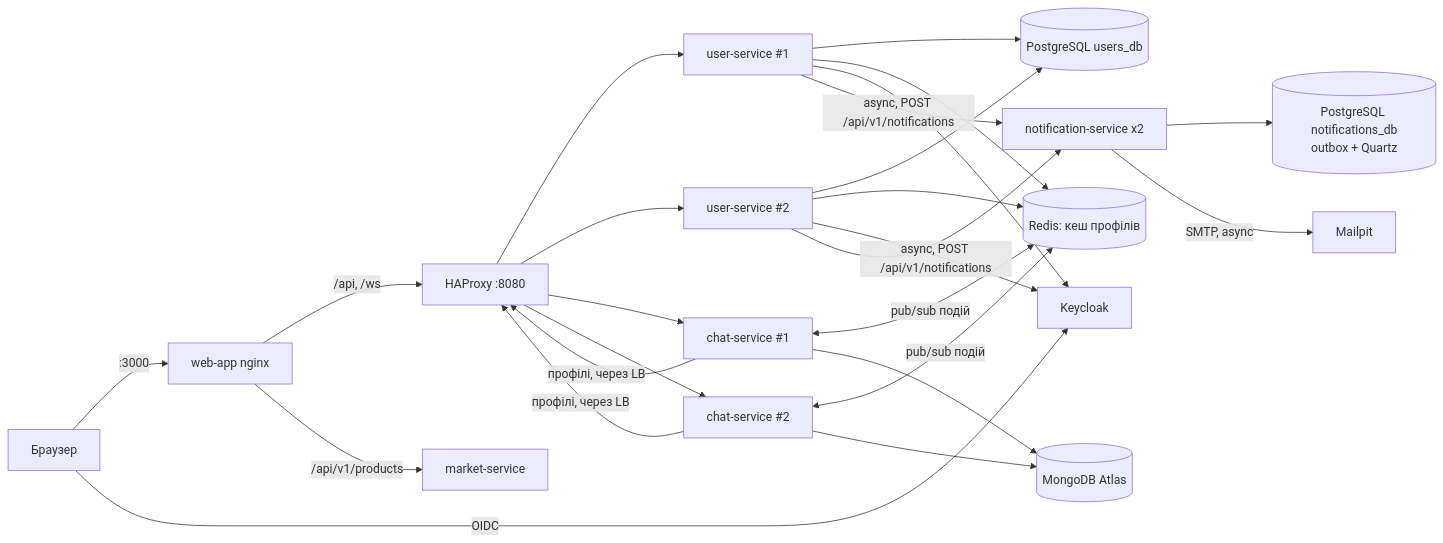
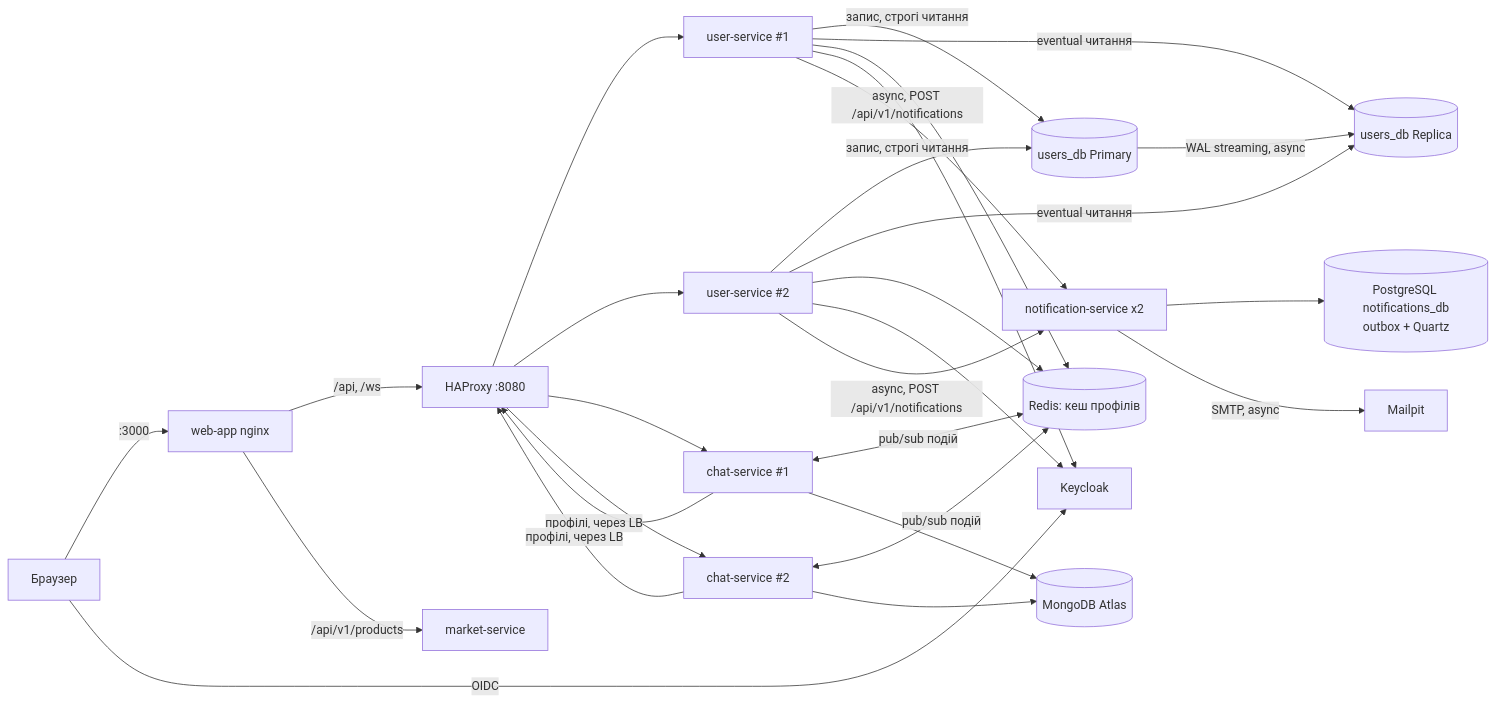
Before and after one commit to OleksandrHelevan/F2-diploma-project: the diagram in README.md, drawn with Mermaid. The commit also changed other lines of this file and 160 other files, not shown here.

````diff
--- a/README.md
+++ b/README.md
@@ -50,20 +51,22 @@
 ```mermaid
 flowchart LR
     B[Браузер] -->|:3000| W[web-app nginx]
     W -->|/api, /ws| LB[HAProxy :8080]
     W -->|/api/v1/products| M[market-service]
     LB --> U1[user-service #1]
     LB --> U2[user-service #2]
     LB --> C1[chat-service #1]
     LB --> C2[chat-service #2]
-    U1 & U2 --> PG[(PostgreSQL users_db)]
+    U1 & U2 -->|запис, строгі читання| PG[(users_db Primary)]
+    U1 & U2 -->|eventual читання| PGR[(users_db Replica)]
+    PG -->|WAL streaming, async| PGR
     U1 & U2 --> R[(Redis: кеш профілів)]
     C1 & C2 <-->|pub/sub подій| R
     C1 & C2 --> MG[(MongoDB Atlas)]
     C1 & C2 -->|профілі, через LB| LB
     U1 & U2 --> KC[Keycloak]
     U1 & U2 -->|async, POST /api/v1/notifications| N[notification-service x2]
     N --> NDB[(PostgreSQL notifications_db<br/>outbox + Quartz)]
     N -->|SMTP, async| MP[Mailpit]
     B -->|OIDC| KC
 ```
````
